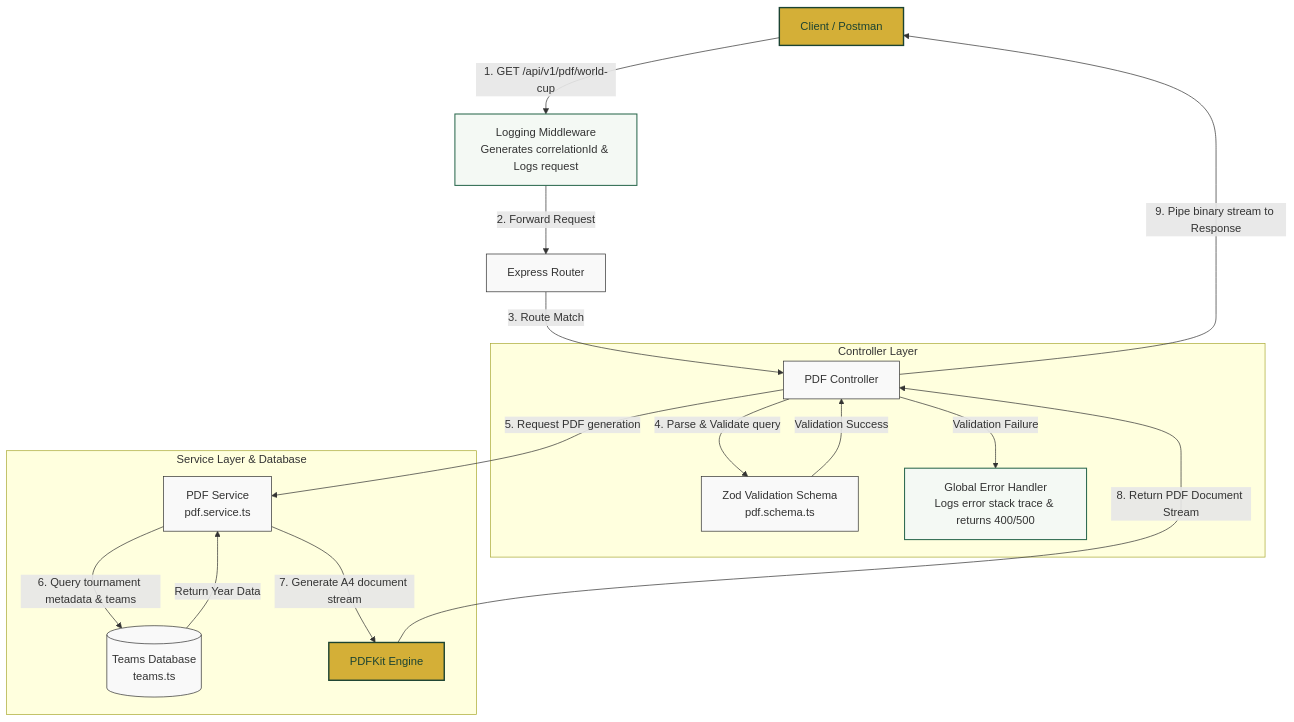
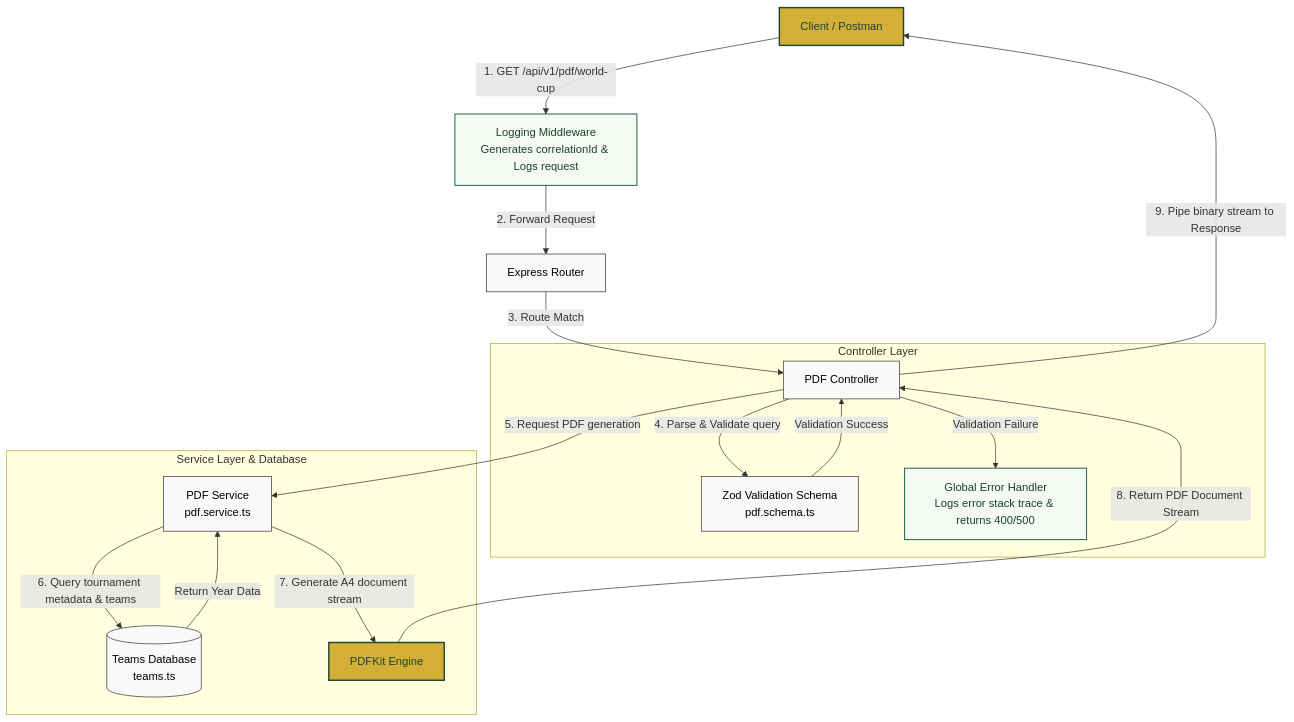
Before and after one commit to MNATorres/core_balancer: the diagram in README.md, drawn with Mermaid.

Commit message:
style: improve text color contrast in Mermaid diagram in README

````diff
--- a/README.md
+++ b/README.md
@@ -9,30 +9,30 @@
 ```mermaid
 graph TD
     Client[Client / Postman] -->|1. GET /api/v1/pdf/world-cup| LoggingMW[Logging Middleware<br/>Generates correlationId & Logs request]
     LoggingMW -->|2. Forward Request| ExpressRouter[Express Router]
     ExpressRouter -->|3. Route Match| PDFController[PDF Controller]
     
     subgraph Controller Layer
         PDFController -->|4. Parse & Validate query| ZodSchema[Zod Validation Schema<br/>pdf.schema.ts]
         ZodSchema -->|Validation Success| PDFController
         PDFController -->|Validation Failure| ErrorMW[Global Error Handler<br/>Logs error stack trace & returns 400/500]
     end
 
     PDFController -->|5. Request PDF generation| PDFService[PDF Service<br/>pdf.service.ts]
     
     subgraph Service Layer & Database
         PDFService -->|6. Query tournament metadata & teams| MockDB[(Teams Database<br/>teams.ts)]
         MockDB -->|Return Year Data| PDFService
         PDFService -->|7. Generate A4 document stream| PDFKit[PDFKit Engine]
     end
     
     PDFKit -->|8. Return PDF Document Stream| PDFController
     PDFController -->|9. Pipe binary stream to Response| Client
     
-    classDef default fill:#f9f9f9,stroke:#333,stroke-width:1px;
+    classDef default fill:#f9f9f9,stroke:#333,stroke-width:1px,color:#000000;
     classDef highlight fill:#d4af37,stroke:#1b4332,stroke-width:2px,color:#1b4332;
-    classDef middleware fill:#f4f9f4,stroke:#2d6a4f,stroke-width:1.5px;
+    classDef middleware fill:#f4f9f4,stroke:#2d6a4f,stroke-width:1.5px,color:#1b4332;
     
     class Client,PDFKit highlight;
     class LoggingMW,ErrorMW middleware;
 ```
````
